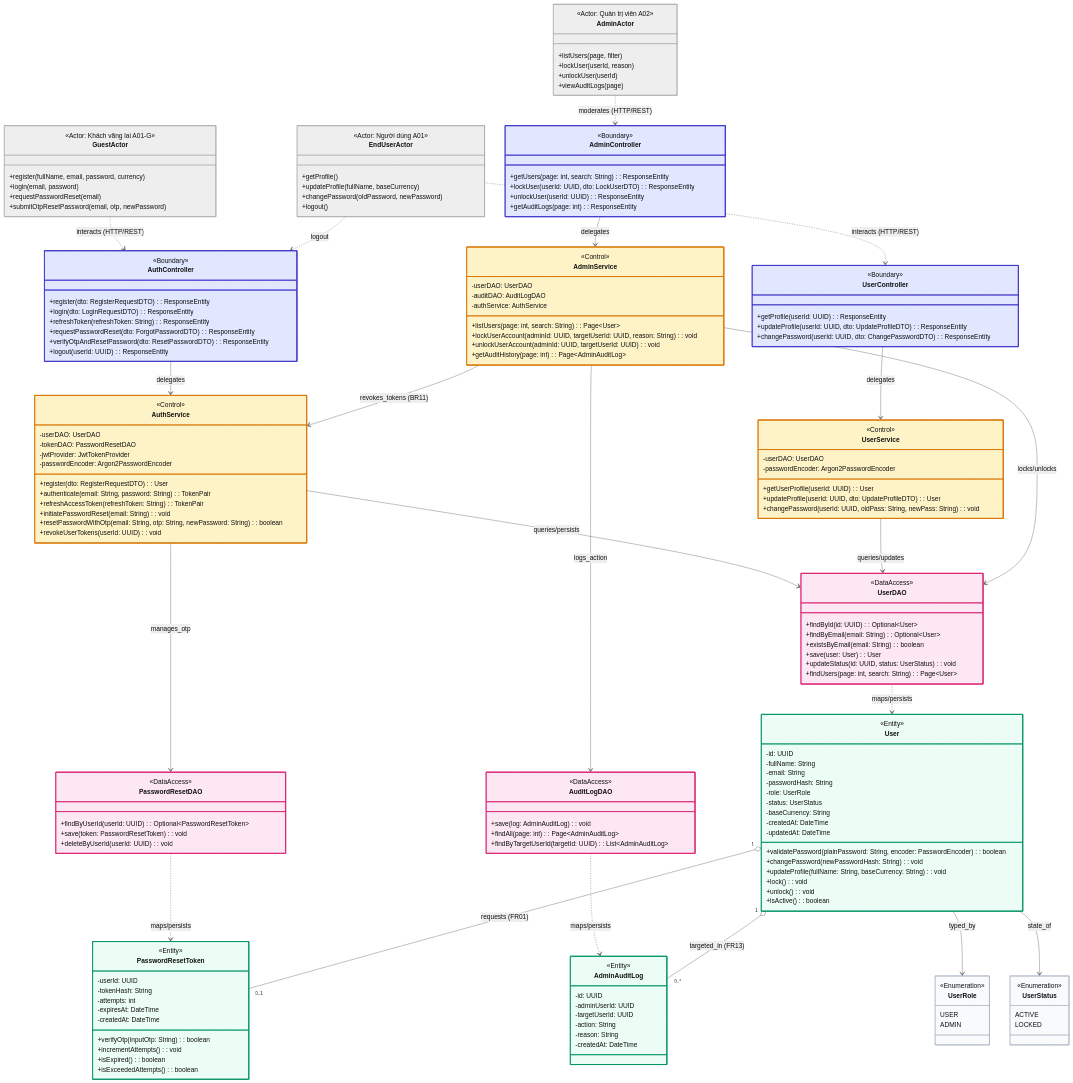
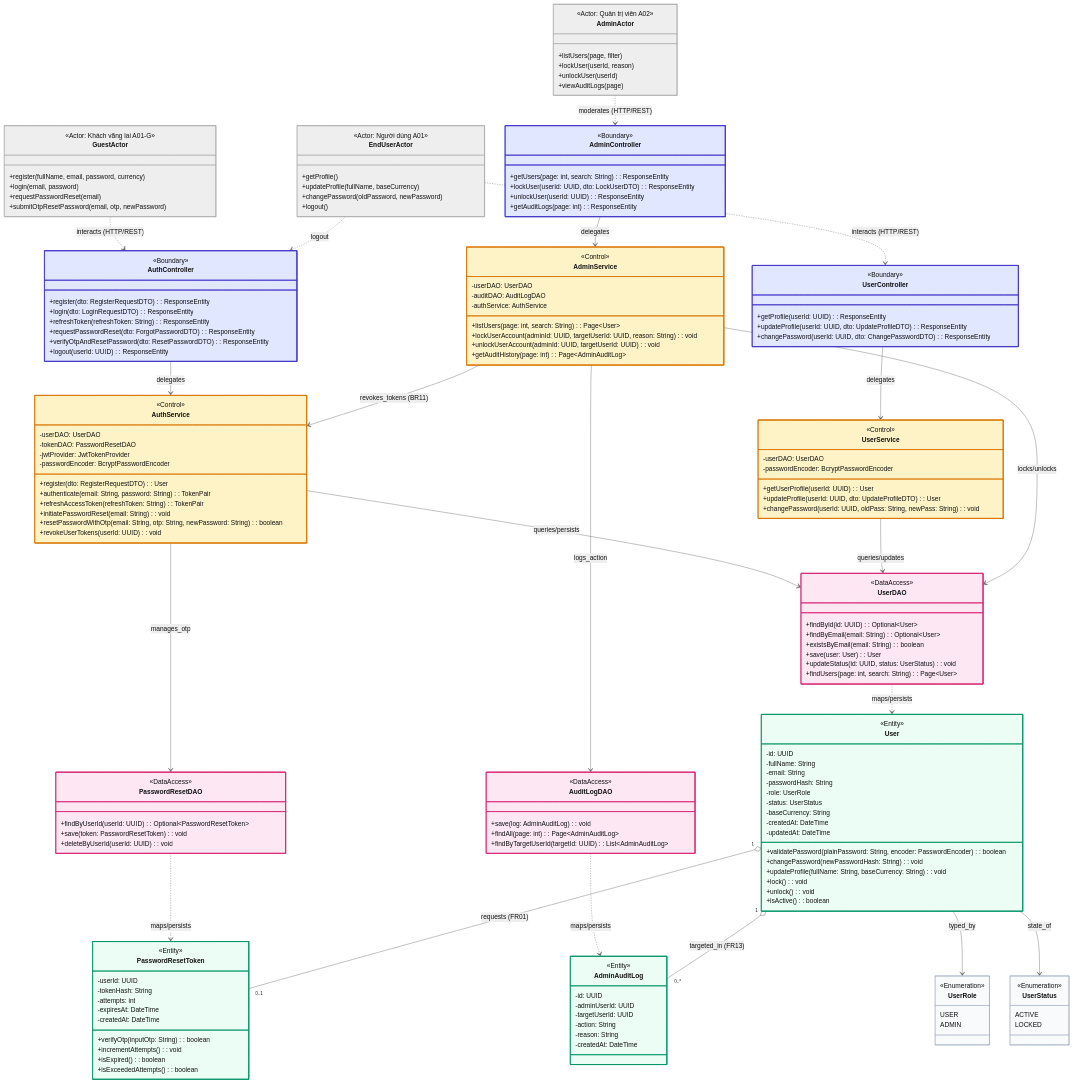
The diagram in docs/02_elaboration/uml_modeling/class_diagram/sources/cd01_identity_access.mmd (huytothevoz/SE---Microfinance-Personal-Wealth-Expense-Tracker), drawn with Mermaid (neutral theme) before and after one commit. The commit also changed 8 other files, not shown here.

Commit message:
docs(uml): sync activity, sequence and class diagrams with backend auth and SRS rules

```diff
--- a/docs/02_elaboration/uml_modeling/class_diagram/sources/cd01_identity_access.mmd
+++ b/docs/02_elaboration/uml_modeling/class_diagram/sources/cd01_identity_access.mmd
@@ -64,7 +64,7 @@
         -userDAO: UserDAO
         -tokenDAO: PasswordResetDAO
         -jwtProvider: JwtTokenProvider
-        -passwordEncoder: Argon2PasswordEncoder
+        -passwordEncoder: BcryptPasswordEncoder
         +register(dto: RegisterRequestDTO): User
         +authenticate(email: String, password: String): TokenPair
         +refreshAccessToken(refreshToken: String): TokenPair
@@ -76,7 +76,7 @@
     class UserService {
         <<Control>>
         -userDAO: UserDAO
-        -passwordEncoder: Argon2PasswordEncoder
+        -passwordEncoder: BcryptPasswordEncoder
         +getUserProfile(userId: UUID): User
         +updateProfile(userId: UUID, dto: UpdateProfileDTO): User
         +changePassword(userId: UUID, oldPass: String, newPass: String): void
```
